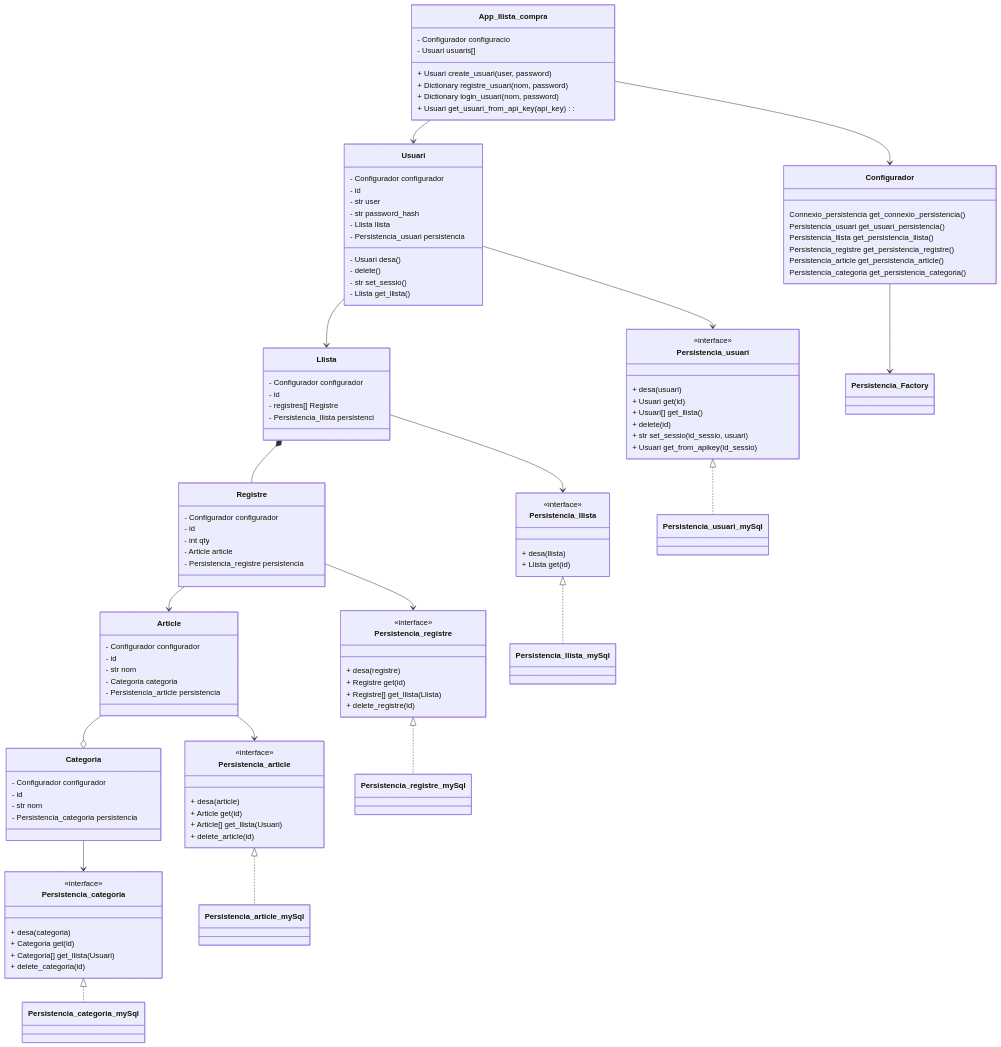
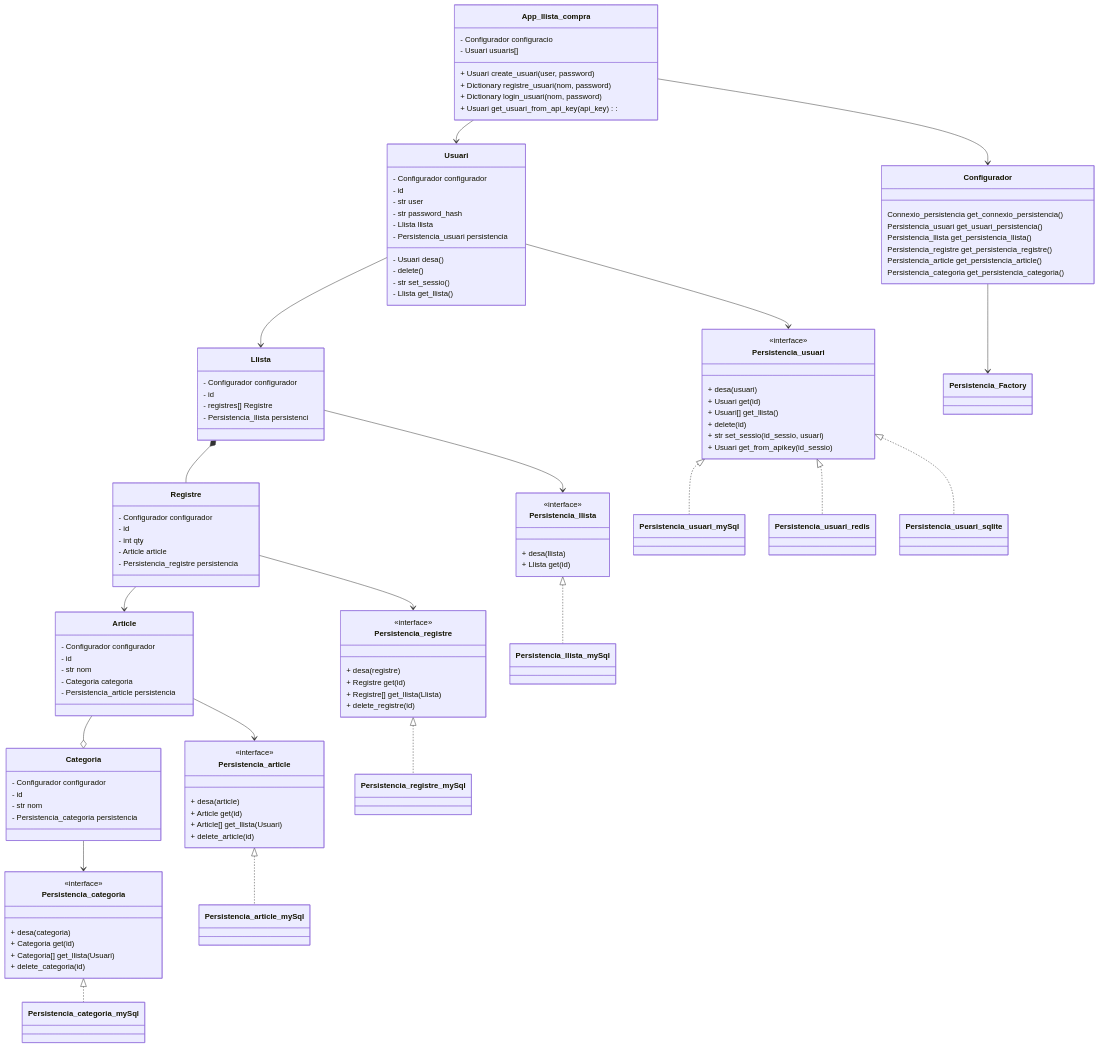
Before and after one commit to xaviQuesadaJDA/Public_llista_compra_m06: the diagram in enunciat.md, drawn with Mermaid. The commit also changed 4 other files, not shown here.

```diff
--- a/enunciat.md
+++ b/enunciat.md
@@ -156,6 +156,8 @@
     Usuari --> Llista
     Usuari --> Persistencia_usuari
     Persistencia_usuari <|.. Persistencia_usuari_mySql
+    Persistencia_usuari <|.. Persistencia_usuari_redis
+    Persistencia_usuari <|.. Persistencia_usuari_sqlite
     Llista *-- Registre
     Llista --> Persistencia_llista
     Persistencia_llista <|.. Persistencia_llista_mySql
```
